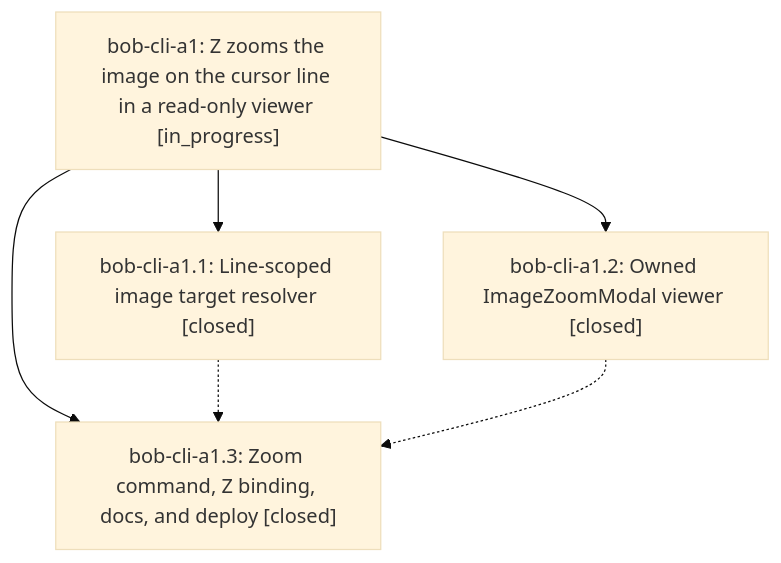
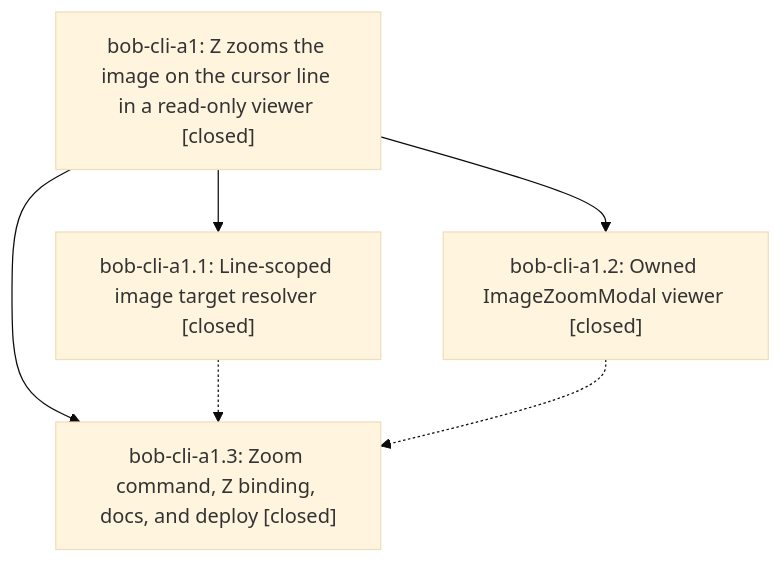
One commit to bobs-org/bob-cli--beads changed the diagram in pages/bob-cli-a1/README.md. Above: the diagram before and after it, drawn with Mermaid (base theme). The commit also changed other lines of this file and 1 other file, not shown here.

First line of the commit message:
chore(beads): sync bead state and pages for bob-cli-a1

````diff
--- a/pages/bob-cli-a1/README.md
+++ b/pages/bob-cli-a1/README.md
@@ -38,12 +46,12 @@
 ```mermaid
 flowchart TD
-    n0["bob-cli-a1: Z zooms the image on the cursor line in a read-only viewer [in_progress]"]
+    n0["bob-cli-a1: Z zooms the image on the cursor line in a read-only viewer [closed]"]
     n1["bob-cli-a1.1: Line-scoped image target resolver [closed]"]
     n2["bob-cli-a1.2: Owned ImageZoomModal viewer [closed]"]
     n3["bob-cli-a1.3: Zoom command, Z binding, docs, and deploy [closed]"]
     n0 --> n1
     n0 --> n2
     n0 --> n3
     n1 -.-> n3
     n2 -.-> n3
 ```
````
